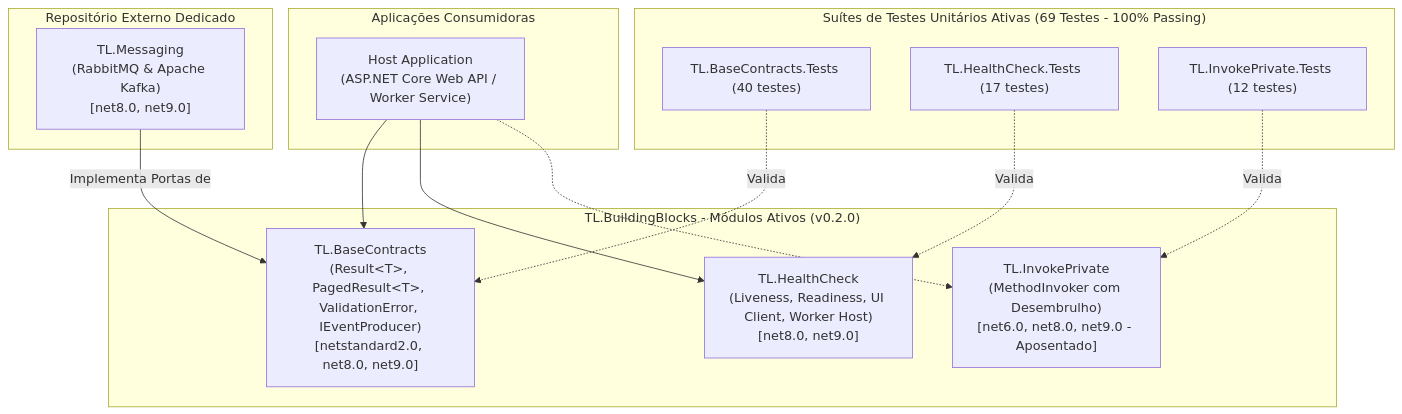
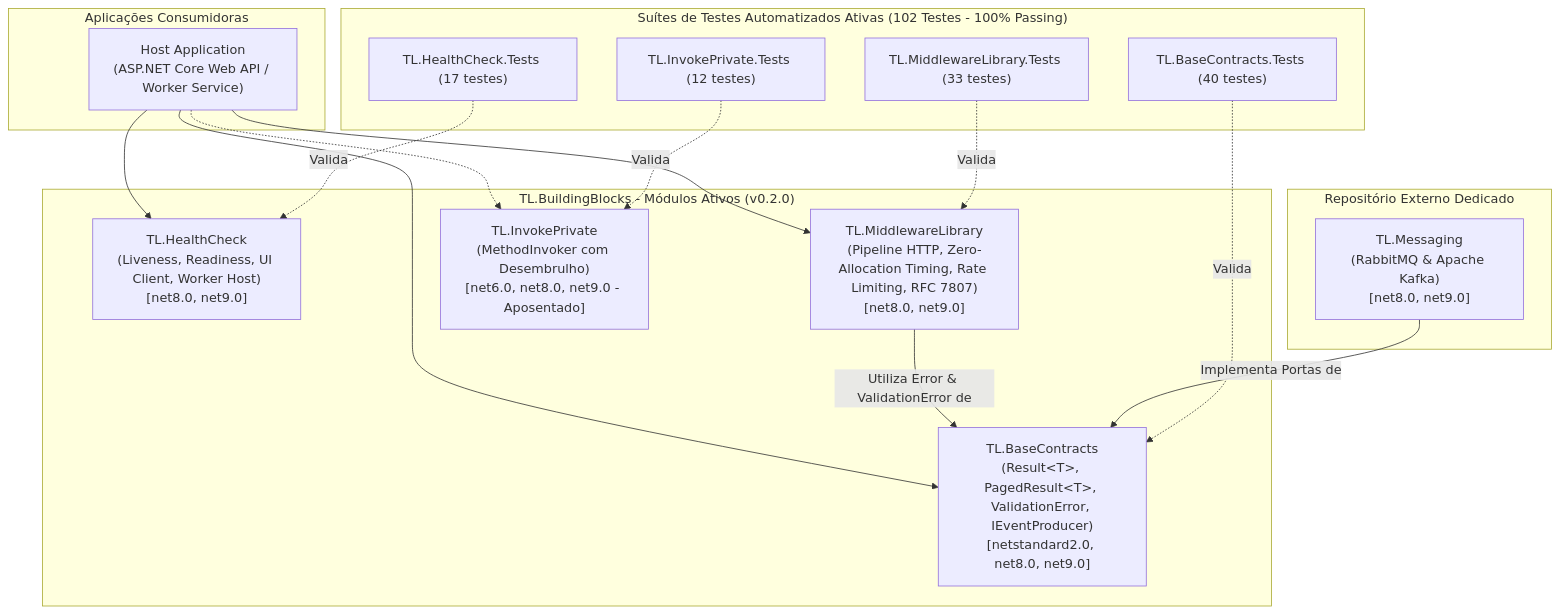
Before and after one commit to thaylonlopes/BuildingBlocks: the second of 2 diagrams in docs/arquitetura/visao-geral.md, drawn with Mermaid. The commit also changed other lines of this file and 38 other files, not shown here.

Commit message:
feat(middleware): integracao de TL.MiddlewareLibrary

````diff
--- a/docs/arquitetura/visao-geral.md
+++ b/docs/arquitetura/visao-geral.md
@@ -37,31 +38,36 @@
 ```mermaid
 graph TD
     subgraph "Aplicações Consumidoras"
         AppHost["Host Application<br/>(ASP.NET Core Web API / Worker Service)"]
     end
 
     subgraph "TL.BuildingBlocks - Módulos Ativos (v0.2.0)"
         RR["TL.BaseContracts<br/>(Result&lt;T&gt;, PagedResult&lt;T&gt;, ValidationError, IEventProducer)<br/>[netstandard2.0, net8.0, net9.0]"]
         HC["TL.HealthCheck<br/>(Liveness, Readiness, UI Client, Worker Host)<br/>[net8.0, net9.0]"]
+        ML["TL.MiddlewareLibrary<br/>(Pipeline HTTP, Zero-Allocation Timing, Rate Limiting, RFC 7807)<br/>[net8.0, net9.0]"]
         IP["TL.InvokePrivate<br/>(MethodInvoker com Desembrulho)<br/>[net6.0, net8.0, net9.0 - Aposentado]"]
     end
 
     subgraph "Repositório Externo Dedicado"
         MSG["TL.Messaging<br/>(RabbitMQ &amp; Apache Kafka)<br/>[net8.0, net9.0]"]
     end
 
-    subgraph "Suítes de Testes Unitários Ativas (69 Testes - 100% Passing)"
+    subgraph "Suítes de Testes Automatizados Ativas (102 Testes - 100% Passing)"
         RRTests["TL.BaseContracts.Tests (40 testes)"]
         HCTests["TL.HealthCheck.Tests (17 testes)"]
+        MLTests["TL.MiddlewareLibrary.Tests (33 testes)"]
         IPTests["TL.InvokePrivate.Tests (12 testes)"]
     end
 
     AppHost --> RR
     AppHost --> HC
+    AppHost --> ML
     AppHost -.-> IP
+    ML -->|"Utiliza Error &amp; ValidationError de"| RR
     MSG -->|"Implementa Portas de"| RR
 
     RRTests -.->|"Valida"| RR
     HCTests -.->|"Valida"| HC
+    MLTests -.->|"Valida"| ML
     IPTests -.->|"Valida"| IP
 ```
````
